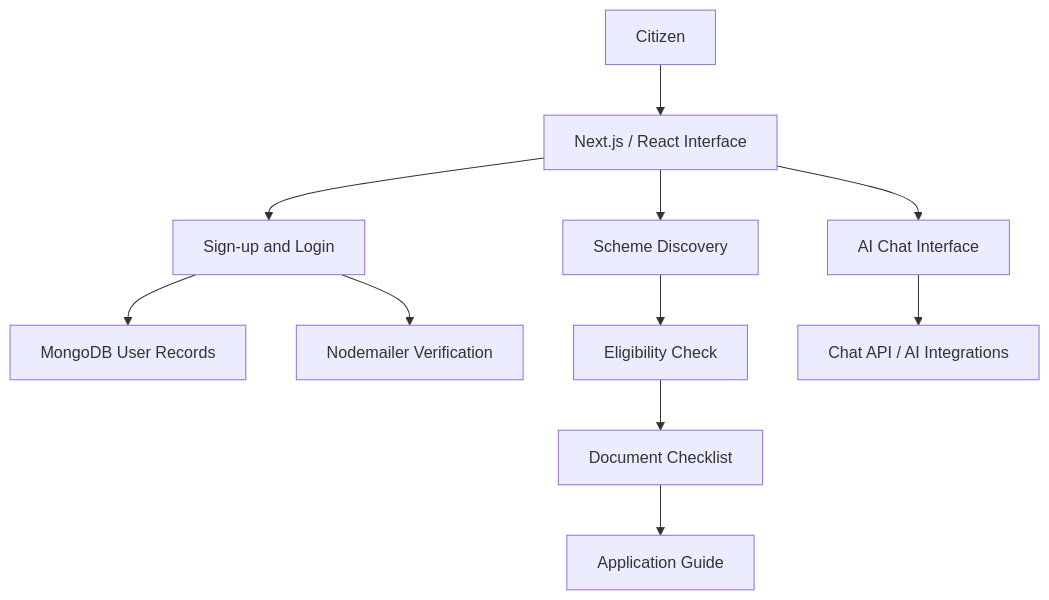
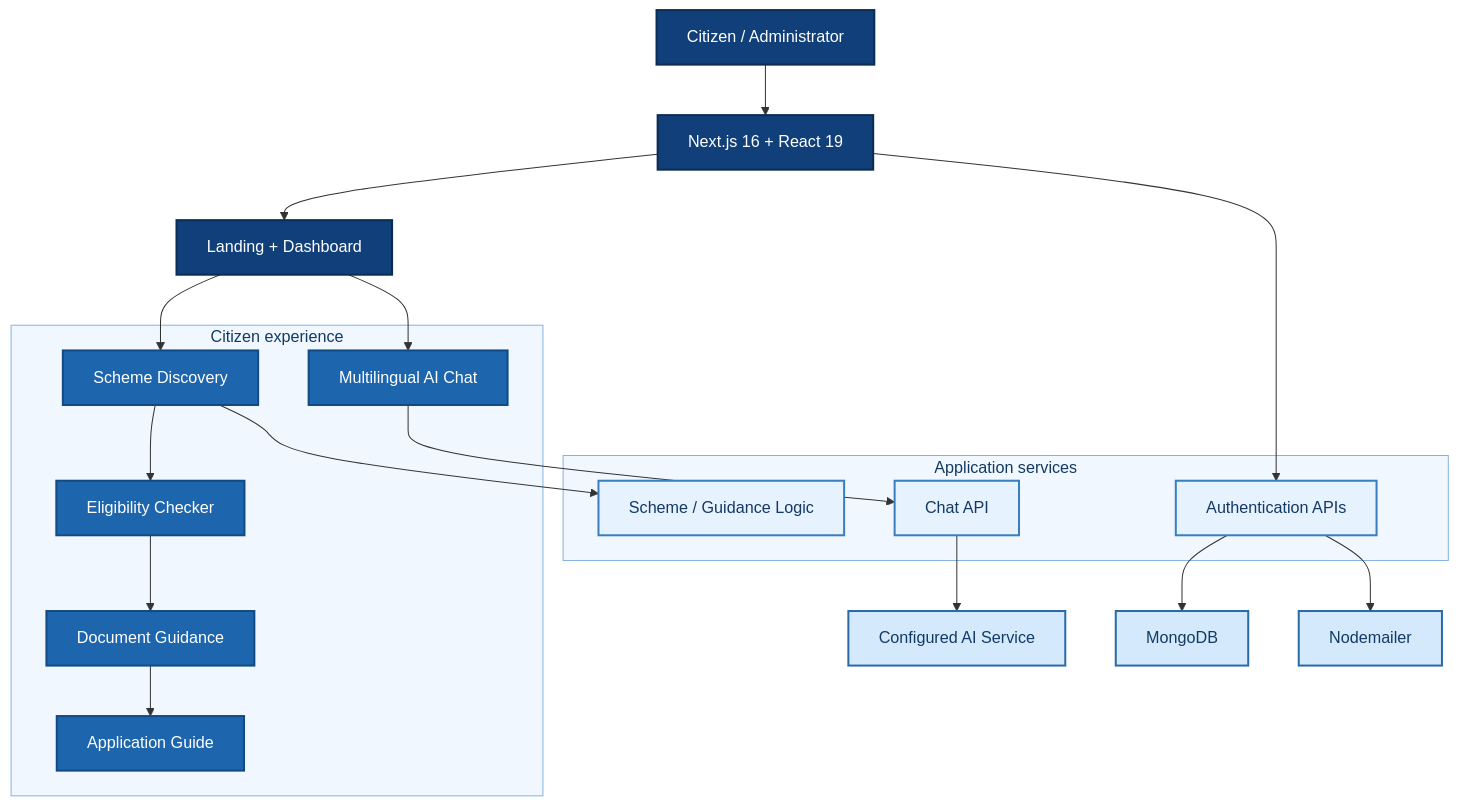
Before and after one commit to ImmrAD/lokseva-mitra: the first of 3 diagrams in README.md, drawn with Mermaid. The commit also changed other lines of this file, not shown here.

````diff
--- a/README.md
+++ b/README.md
@@ -74,13 +46,43 @@
 ```mermaid
-flowchart TD
-    A["Citizen"] --> B["Next.js / React Interface"]
-    B --> C["Sign-up and Login"]
-    C --> D["MongoDB User Records"]
-    C --> E["Nodemailer Verification"]
-    B --> F["Scheme Discovery"]
-    F --> G["Eligibility Check"]
-    G --> H["Document Checklist"]
-    H --> I["Application Guide"]
-    B --> J["AI Chat Interface"]
-    J --> K["Chat API / AI Integrations"]
+flowchart TB
+    U["Citizen / Administrator"] --> UI["Next.js 16 + React 19"]
+    UI --> DASH["Landing + Dashboard"]
+
+    subgraph EXPERIENCE["Citizen experience"]
+        SCHEME["Scheme Discovery"]
+        ELIG["Eligibility Checker"]
+        DOC["Document Guidance"]
+        GUIDE["Application Guide"]
+        CHAT["Multilingual AI Chat"]
+    end
+
+    DASH --> SCHEME
+    SCHEME --> ELIG
+    ELIG --> DOC
+    DOC --> GUIDE
+    DASH --> CHAT
+
+    subgraph SERVER["Application services"]
+        AUTH["Authentication APIs"]
+        CHATAPI["Chat API"]
+        INFO["Scheme / Guidance Logic"]
+    end
+
+    UI --> AUTH
+    CHAT --> CHATAPI
+    SCHEME --> INFO
+    AUTH --> DB["MongoDB"]
+    AUTH --> EMAIL["Nodemailer"]
+    CHATAPI --> AI["Configured AI Service"]
+
+    classDef dark fill:#103F79,stroke:#0B2C53,stroke-width:2px,color:#FFFFFF;
+    classDef blue fill:#1D65AD,stroke:#124B84,stroke-width:2px,color:#FFFFFF;
+    classDef light fill:#E7F2FF,stroke:#397EBE,stroke-width:2px,color:#123A63;
+    classDef external fill:#D5E9FC,stroke:#2A6AA7,stroke-width:2px,color:#123A63;
+    class U,UI,DASH dark;
+    class SCHEME,ELIG,DOC,GUIDE,CHAT blue;
+    class AUTH,CHATAPI,INFO light;
+    class DB,EMAIL,AI external;
+    style EXPERIENCE fill:#F1F7FF,stroke:#85B3E1,color:#123A63
+    style SERVER fill:#F1F7FF,stroke:#85B3E1,color:#123A63
 ```
````
